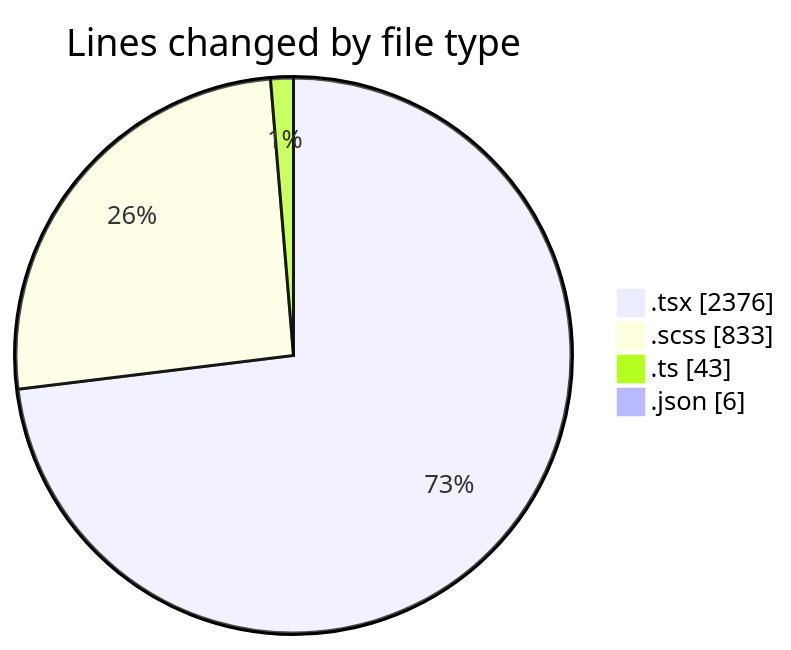
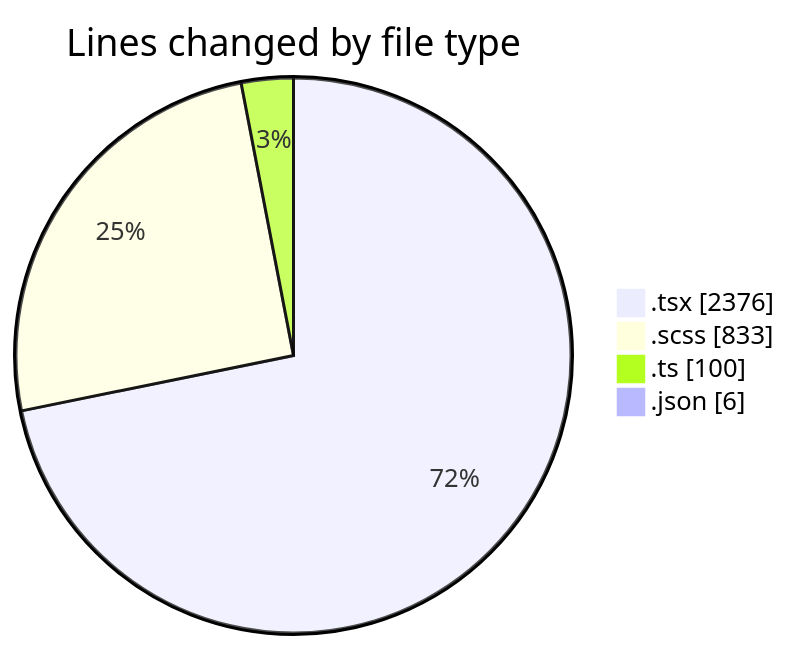
One commit to momahboobian/code-tracking changed the first of 2 diagrams in 2025-10-06/cda/README.md. Above: the diagram before and after it, drawn with Mermaid. The commit also changed other lines of this file and 1 other file, not shown here.

````diff
--- a/2025-10-06/cda/README.md
+++ b/2025-10-06/cda/README.md
@@ -27,8 +28,8 @@
 ```mermaid
 pie showData
 title Lines changed by file type
 ".tsx" : 2376
 ".scss" : 833
-".ts" : 43
+".ts" : 100
 ".json" : 6
 ```
````
